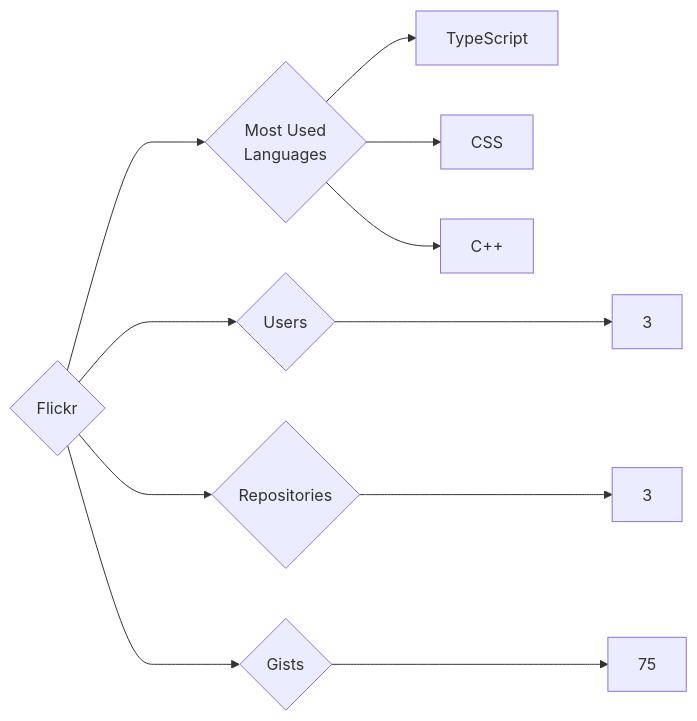
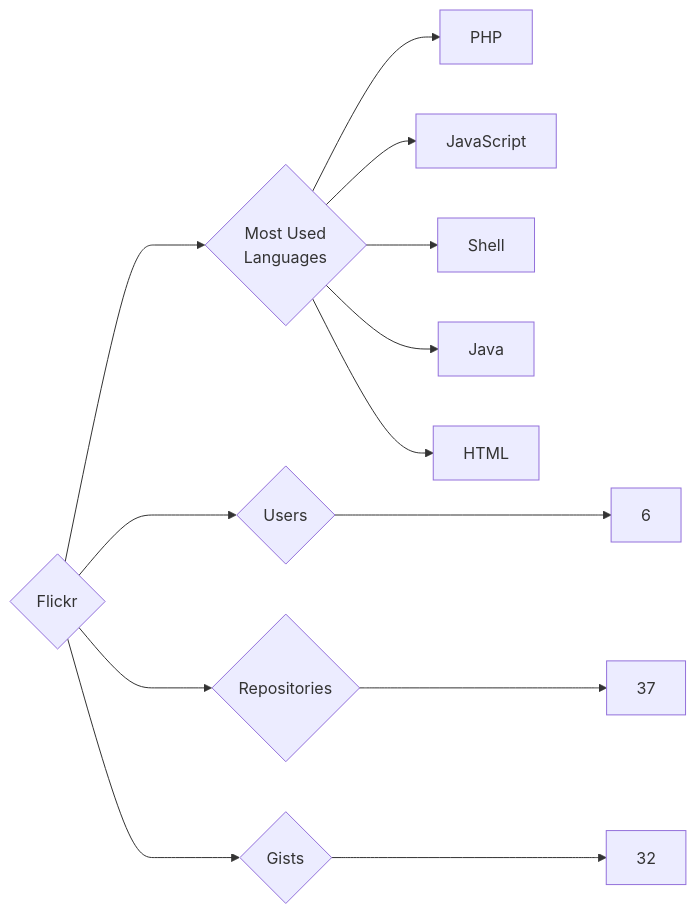
One commit to trickest/insiders changed the diagram in targets/Flickr/README.md. Above: the diagram before and after it, drawn with Mermaid. The commit also changed 997 other files, not shown here.

````diff
--- a/targets/Flickr/README.md
+++ b/targets/Flickr/README.md
@@ -3,11 +3,13 @@
 ```mermaid
 graph LR
 COMPANY_NAME{Flickr}
-COMPANY_NAME ---> U{Users} ---> UN[3]
-COMPANY_NAME ---> R{Repositories} ---> RN[3]
-COMPANY_NAME ---> G{Gists} ---> GN[75]
+COMPANY_NAME ---> U{Users} ---> UN[6]
+COMPANY_NAME ---> R{Repositories} ---> RN[37]
+COMPANY_NAME ---> G{Gists} ---> GN[32]
 COMPANY_NAME ---> ML{Most Used<br>Languages}
-ML --> TypeScript[TypeScript]
-ML --> CSS[CSS]
-ML --> C++[C++]
+ML --> PHP[PHP]
+ML --> JavaScript[JavaScript]
+ML --> Shell[Shell]
+ML --> Java[Java]
+ML --> HTML[HTML]
 ```
````
